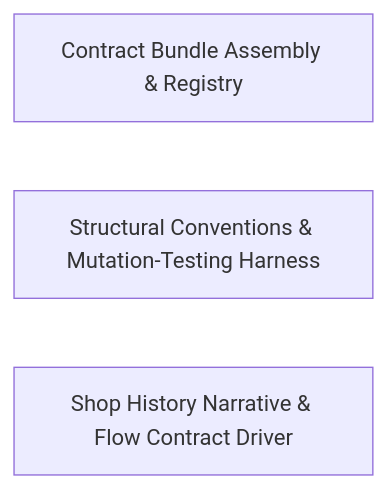
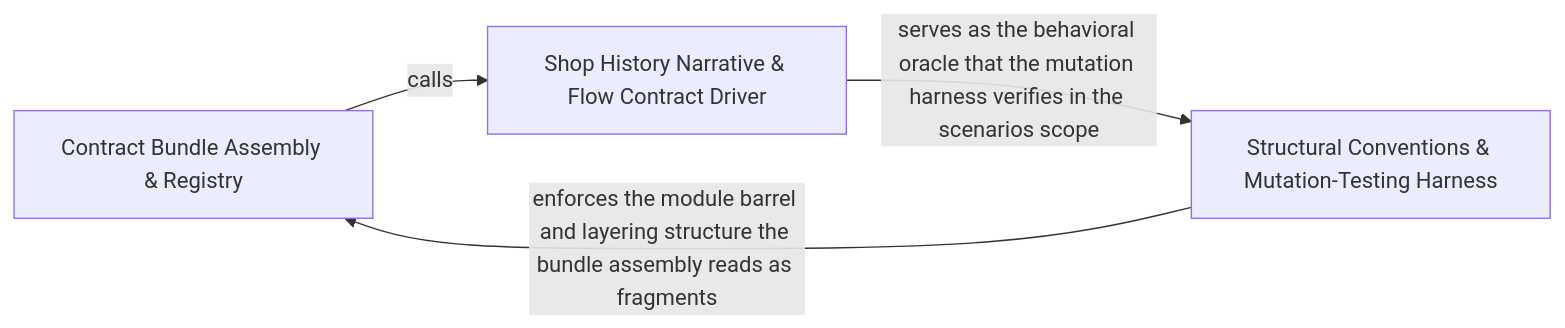
Before and after one commit to Guebbit/boilerplate-node-backend: the diagram in .2brain/arch/Shop_History_Narrative_Contract_Bundle_Registry.md, drawn with Mermaid. The commit also changed other lines of this file and 627 other files, not shown here.

````diff
--- a/.2brain/arch/Shop_History_Narrative_Contract_Bundle_Registry.md
+++ b/.2brain/arch/Shop_History_Narrative_Contract_Bundle_Registry.md
@@ -10,6 +10,9 @@
 ```mermaid
 graph LR
     Contract_Bundle_Assembly_Registry["Contract Bundle Assembly & Registry"]
     Structural_Conventions_Mutation_Testing_Harness["Structural Conventions & Mutation-Testing Harness"]
     Shop_History_Narrative_Flow_Contract_Driver["Shop History Narrative & Flow Contract Driver"]
+    Contract_Bundle_Assembly_Registry -- "calls" --> Shop_History_Narrative_Flow_Contract_Driver
+    Structural_Conventions_Mutation_Testing_Harness -- "enforces the module barrel and layering structure the bundle assembly reads as fragments" --> Contract_Bundle_Assembly_Registry
+    Shop_History_Narrative_Flow_Contract_Driver -- "serves as the behavioral oracle that the mutation harness verifies in the scenarios scope" --> Structural_Conventions_Mutation_Testing_Harness
 ```
````
